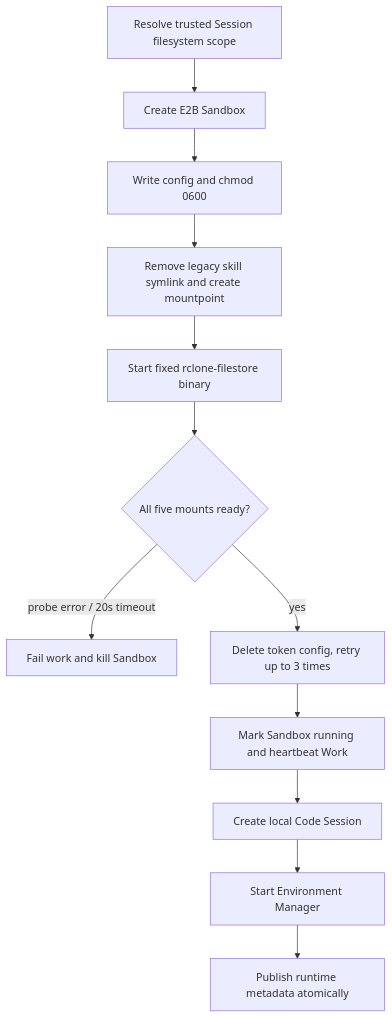
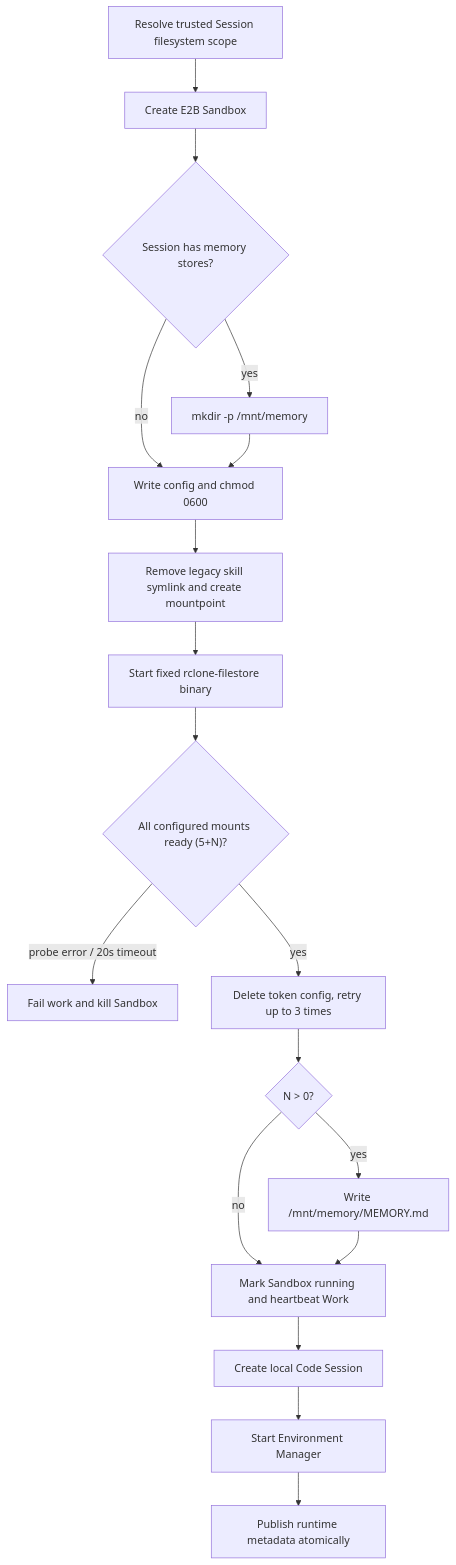
Before and after one commit to superduck-ai/open-managed-agents: the diagram in docs/design/be/e2b-sandbox-image-contract.md, drawn with Mermaid. The commit also changed other lines of this file and 23 other files, not shown here.

First line of the commit message:
feat(environments): mount Memory Stores into session sandboxes

````diff
--- a/docs/design/be/e2b-sandbox-image-contract.md
+++ b/docs/design/be/e2b-sandbox-image-contract.md
@@ -50,14 +57,20 @@
 ```mermaid
 flowchart TD
     R["Resolve trusted Session filesystem scope"] --> A["Create E2B Sandbox"]
-    A --> W["Write config and chmod 0600"]
+    A --> M{"Session has memory stores?"}
+    M -->|yes| K["mkdir -p /mnt/memory"]
+    M -->|no| W["Write config and chmod 0600"]
+    K --> W
     W --> S["Remove legacy skill symlink and create mountpoint"]
     S --> B["Start fixed rclone-filestore binary"]
-    B --> C{"All five mounts ready?"}
+    B --> C{"All configured mounts ready (5+N)?"}
     C -->|"probe error / 20s timeout"| F["Fail work and kill Sandbox"]
     C -->|"yes"| D["Delete token config, retry up to 3 times"]
-    D --> G["Mark Sandbox running and heartbeat Work"]
+    D --> MD{"N > 0?"}
+    MD -->|yes| WMD["Write /mnt/memory/MEMORY.md"]
+    MD -->|no| G["Mark Sandbox running and heartbeat Work"]
+    WMD --> G
     G --> I["Create local Code Session"]
     I --> H["Start Environment Manager"]
     H --> J["Publish runtime metadata atomically"]
 ```
````
